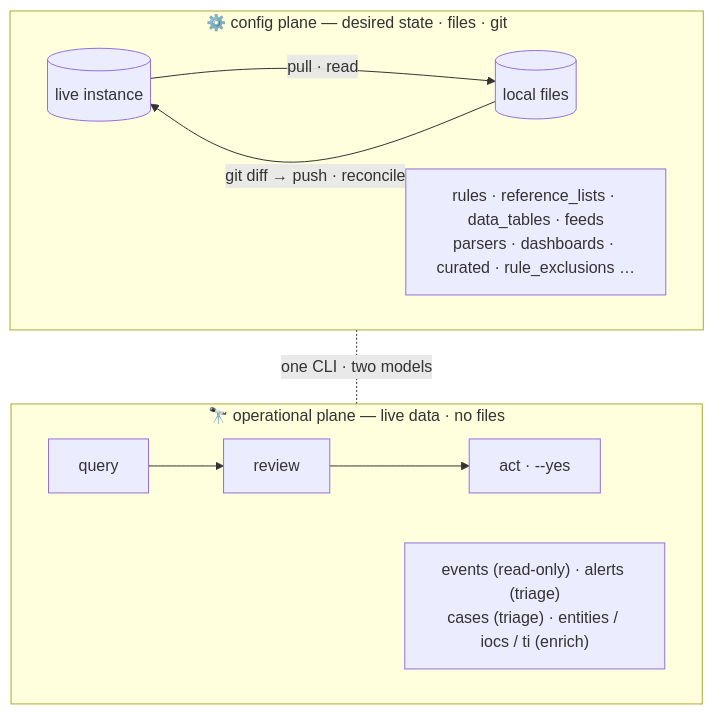
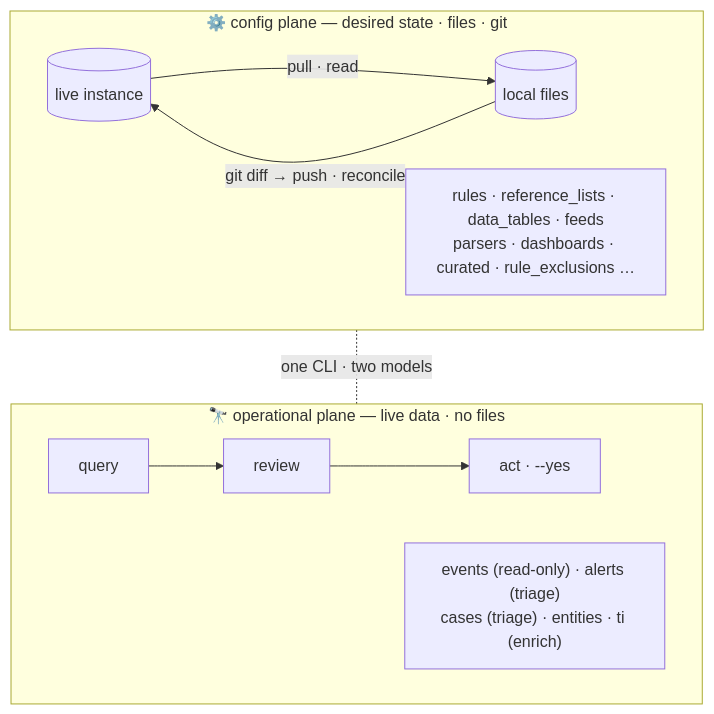
The first of 2 diagrams in docs/design/siem.md (dannyota/secops), drawn with Mermaid before and after one commit. The commit also changed other lines of this file and 40 other files, not shown here.

````diff
--- a/docs/design/siem.md
+++ b/docs/design/siem.md
@@ -15,15 +15,15 @@
 ```mermaid
 flowchart TB
   subgraph CONFIG["⚙️ config plane — desired state · files · git"]
     direction LR
     pull[("live instance")] -- "pull · read" --> files[("local files")]
     files -- "git diff → push · reconcile" --> pull
     cfgs["rules · reference_lists · data_tables · feeds<br/>parsers · dashboards · curated · rule_exclusions …"]
   end
   subgraph OPER["🔭 operational plane — live data · no files"]
     direction LR
     q["query"] --> r["review"] --> a["act · --yes"]
-    surf["events (read-only) · alerts (triage)<br/>cases (triage) · entities / iocs / ti (enrich)"]
+    surf["events (read-only) · alerts (triage)<br/>cases (triage) · entities · ti (enrich)"]
   end
   CONFIG -. "one CLI · two models" .- OPER
 ```
````
